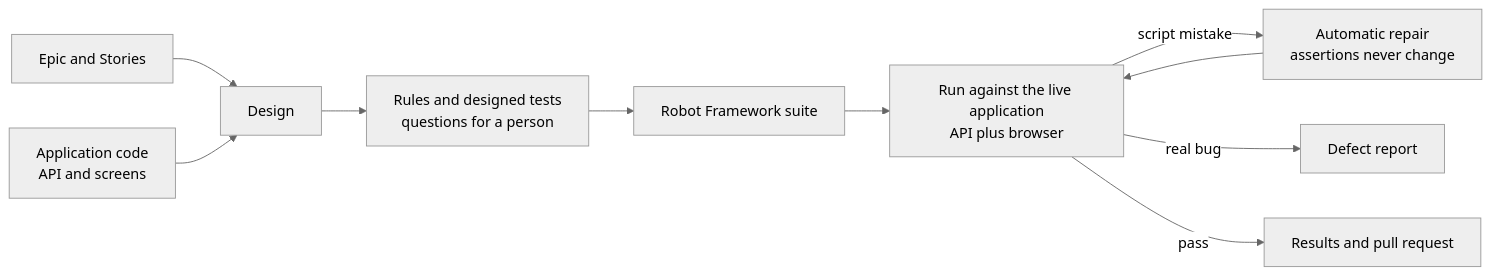
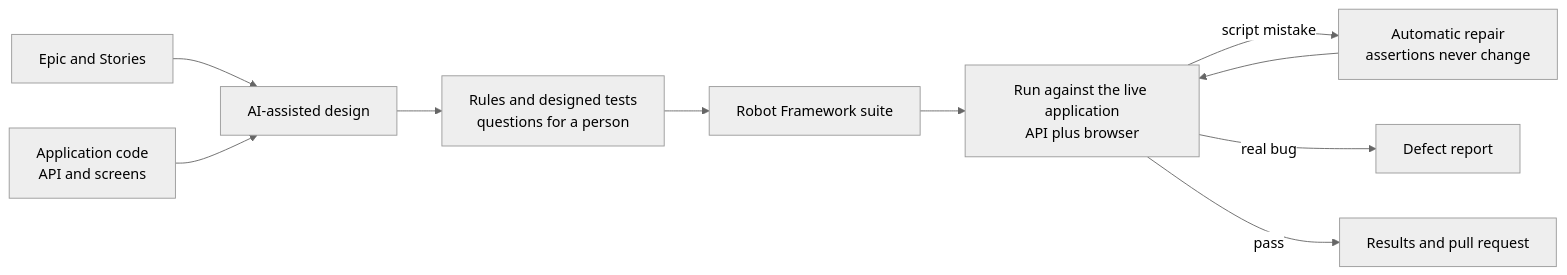
One commit to Mallikarjun-Auto/stories-to-e2e-demo changed the diagram in README.md. Above: the diagram before and after it, drawn with Mermaid (neutral theme). The commit also changed other lines of this file and 1 other file, not shown here.

Commit message:
State clearly that the tool is AI-assisted and where plain code verifies

````diff
--- a/README.md
+++ b/README.md
@@ -18,12 +18,12 @@
 ```mermaid
 flowchart LR
-    A[Epic and Stories] --> C[Design]
+    A[Epic and Stories] --> C[AI-assisted design]
     B[Application code<br/>API and screens] --> C
     C --> D[Rules and designed tests<br/>questions for a person]
     D --> E[Robot Framework suite]
     E --> F[Run against the live application<br/>API plus browser]
     F -->|script mistake| G[Automatic repair<br/>assertions never change]
     G --> F
     F -->|real bug| H[Defect report]
     F -->|pass| I[Results and pull request]
 ```
````
